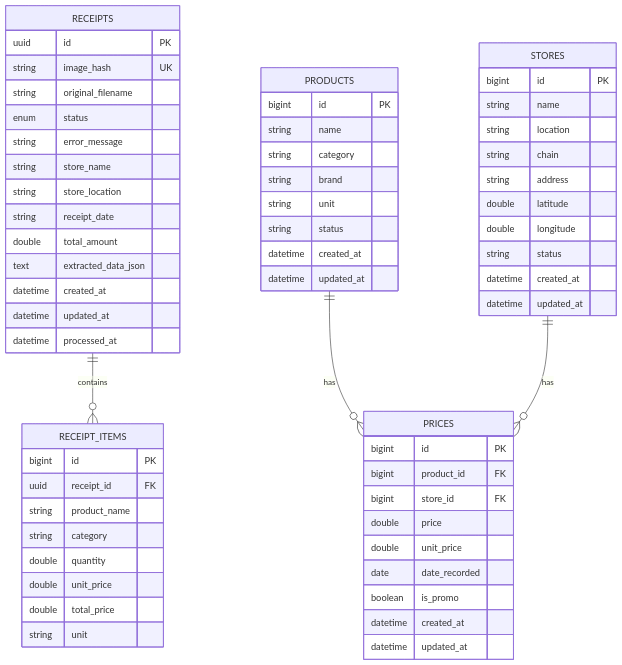
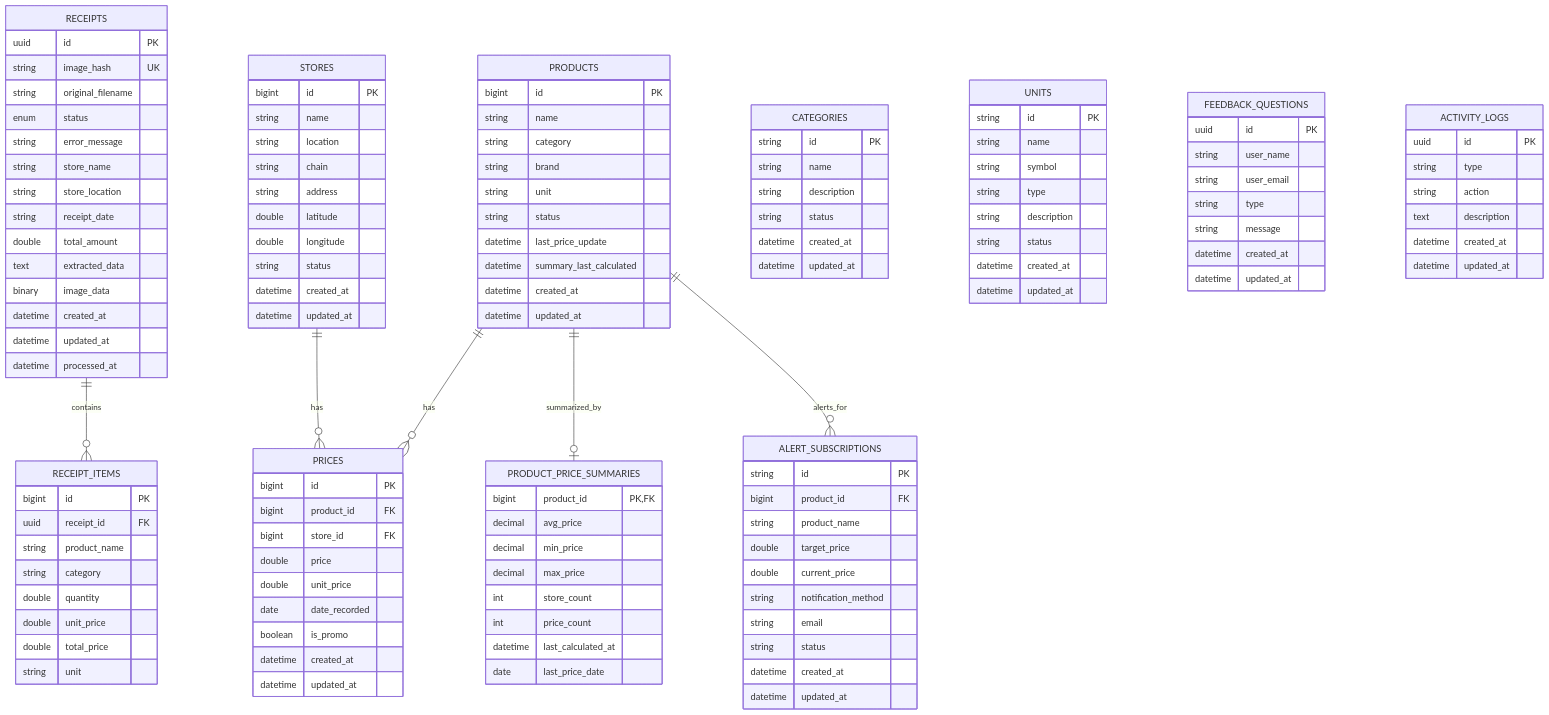
Before and after one commit to RizkiRachman/goods-price-comparison-service: the diagram in docs/ERD.md, drawn with Mermaid. The commit also changed other lines of this file and 55 other files, not shown here.

````diff
--- a/docs/ERD.md
+++ b/docs/ERD.md
@@ -41,6 +41,8 @@
     RECEIPTS ||--o{ RECEIPT_ITEMS : contains
     PRODUCTS ||--o{ PRICES : has
     STORES ||--o{ PRICES : has
+    PRODUCTS ||--o| PRODUCT_PRICE_SUMMARIES : summarized_by
+    PRODUCTS ||--o{ ALERT_SUBSCRIPTIONS : alerts_for
 
     RECEIPTS {
         uuid id PK
@@ -52,7 +54,8 @@
         string store_location
         string receipt_date
         double total_amount
-        text extracted_data_json
+        text extracted_data
+        binary image_data
         datetime created_at
         datetime updated_at
         datetime processed_at
@@ -76,6 +79,8 @@
         string brand
         string unit
         string status
+        datetime last_price_update
+        datetime summary_last_calculated
         datetime created_at
         datetime updated_at
     }
@@ -104,4 +109,67 @@
         datetime created_at
         datetime updated_at
     }
+
+    PRODUCT_PRICE_SUMMARIES {
+        bigint product_id PK, FK
+        decimal avg_price
+        decimal min_price
+        decimal max_price
+        int store_count
+        int price_count
+        datetime last_calculated_at
+        date last_price_date
+    }
+
+    CATEGORIES {
+        string id PK
+        string name
+        string description
+        string status
+        datetime created_at
+        datetime updated_at
+    }
+
+    UNITS {
+        string id PK
+        string name
+        string symbol
+        string type
+        string description
+        string status
+        datetime created_at
+        datetime updated_at
+    }
+
+    FEEDBACK_QUESTIONS {
+        uuid id PK
+        string user_name
+        string user_email
+        string type
+        string message
+        datetime created_at
+        datetime updated_at
+    }
+
+    ACTIVITY_LOGS {
+        uuid id PK
+        string type
+        string action
+        text description
+        datetime created_at
+        datetime updated_at
+    }
+
+    ALERT_SUBSCRIPTIONS {
+        string id PK
+        bigint product_id FK
+        string product_name
+        double target_price
+        double current_price
+        string notification_method
+        string email
+        string status
+        datetime created_at
+        datetime updated_at
+    }
 ```
````
